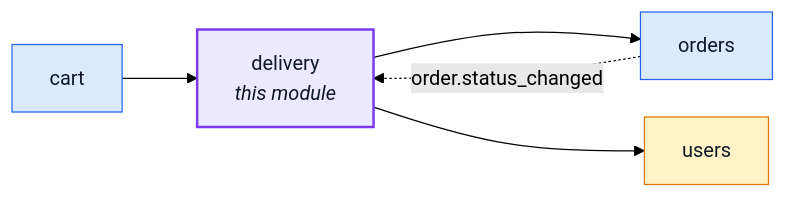
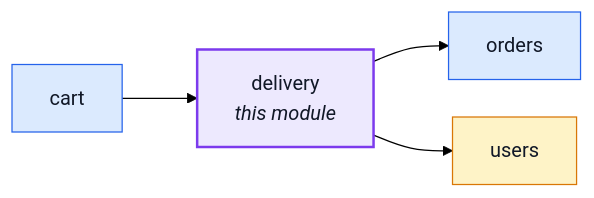
The first of 2 diagrams in docs/modules/delivery.md (Guebbit/boilerplate-node-backend), drawn with Mermaid (forest theme) before and after one commit. The commit also changed 6 other files, not shown here.

````diff
--- a/docs/modules/delivery.md
+++ b/docs/modules/delivery.md
@@ -16,21 +16,20 @@
 ```mermaid
 %%{init: {'flowchart': {'nodeSpacing': 30, 'rankSpacing': 60}}}%%
 flowchart LR
     delivery["delivery<br/><i>this module</i>"]
     cart["cart"]
     orders["orders"]
     users["users"]
 
     cart --> delivery
     delivery --> orders
     delivery --> users
-    orders -. "order.status_changed" .-> delivery
 
     classDef core fill:#dbeafe,stroke:#2563eb,color:#111827;
     classDef supporting fill:#fef3c7,stroke:#d97706,color:#111827;
     classDef generic fill:#dcfce7,stroke:#16a34a,color:#111827;
     classDef centre fill:#ede9fe,stroke:#7c3aed,stroke-width:2px,color:#111827;
     class cart,orders core;
     class users supporting;
     class delivery centre;
 ```
````
